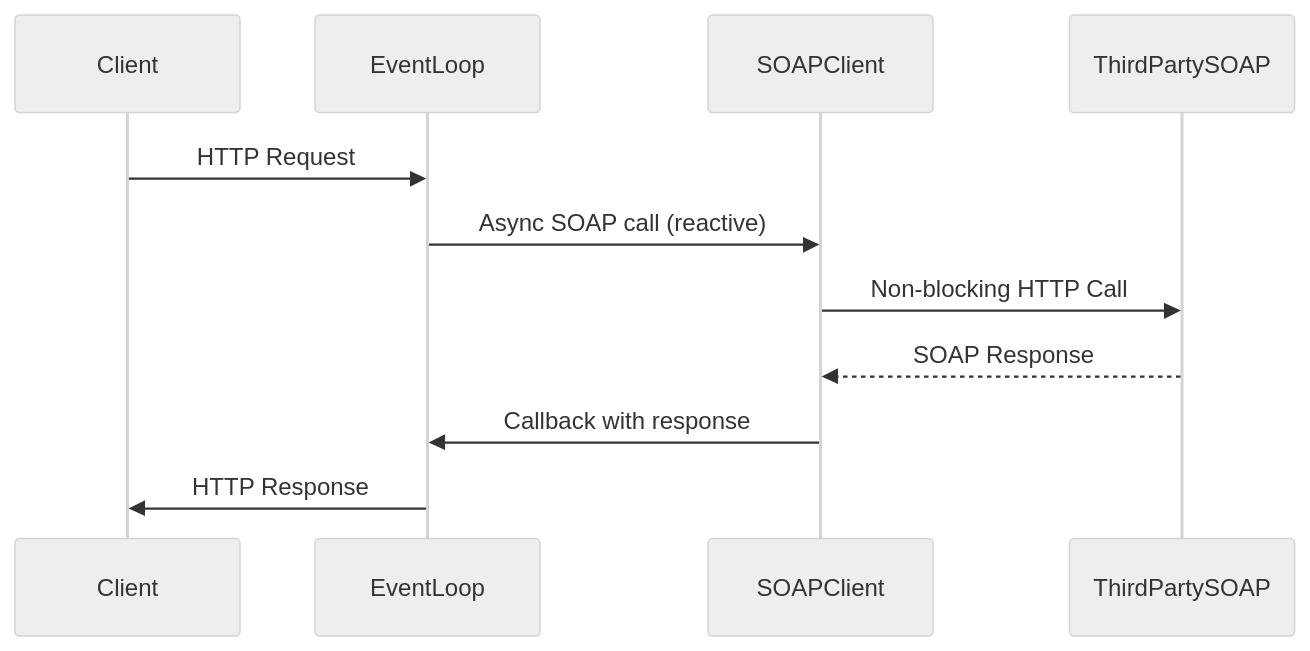
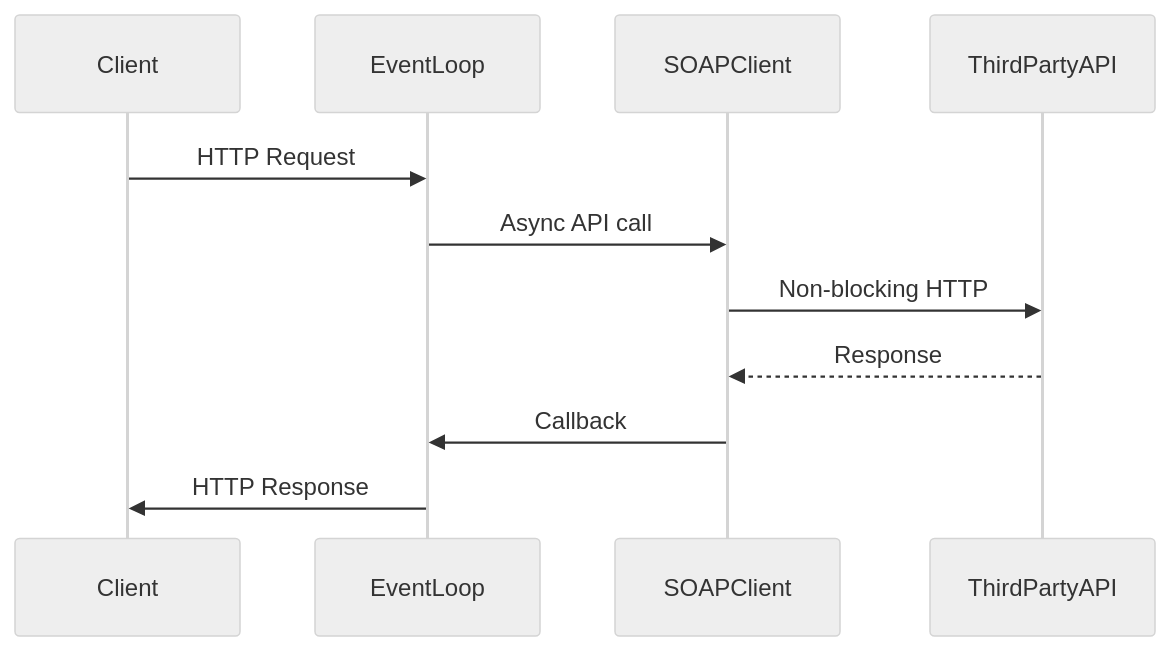
The fourth of 7 diagrams in README.md (sonuprajapati15/Web-frameworks), drawn with Mermaid (neutral theme) before and after one commit. The commit also changed other lines of this file, not shown here.

````diff
--- a/README.md
+++ b/README.md
@@ -356,14 +257,14 @@
 ```mermaid
 sequenceDiagram
     participant Client
     participant EventLoop
     participant SOAPClient
-    participant ThirdPartySOAP
+    participant ThirdPartyAPI
 
     Client->>EventLoop: HTTP Request
-    EventLoop->>SOAPClient: Async SOAP call (reactive)
-    SOAPClient->>ThirdPartySOAP: Non-blocking HTTP Call
-    ThirdPartySOAP-->>SOAPClient: SOAP Response
-    SOAPClient->>EventLoop: Callback with response
+    EventLoop->>SOAPClient: Async API call
+    SOAPClient->>ThirdPartyAPI: Non-blocking HTTP
+    ThirdPartyAPI-->>SOAPClient: Response
+    SOAPClient->>EventLoop: Callback
     EventLoop->>Client: HTTP Response
 ```
````
